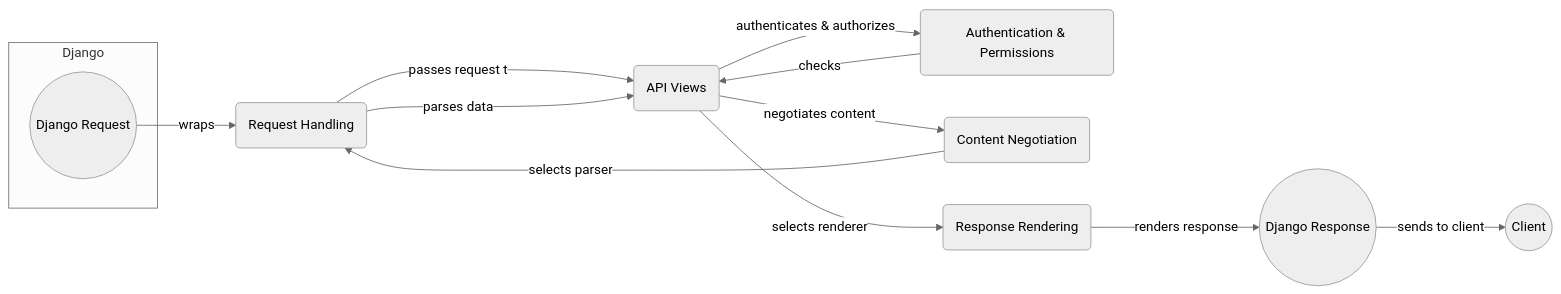
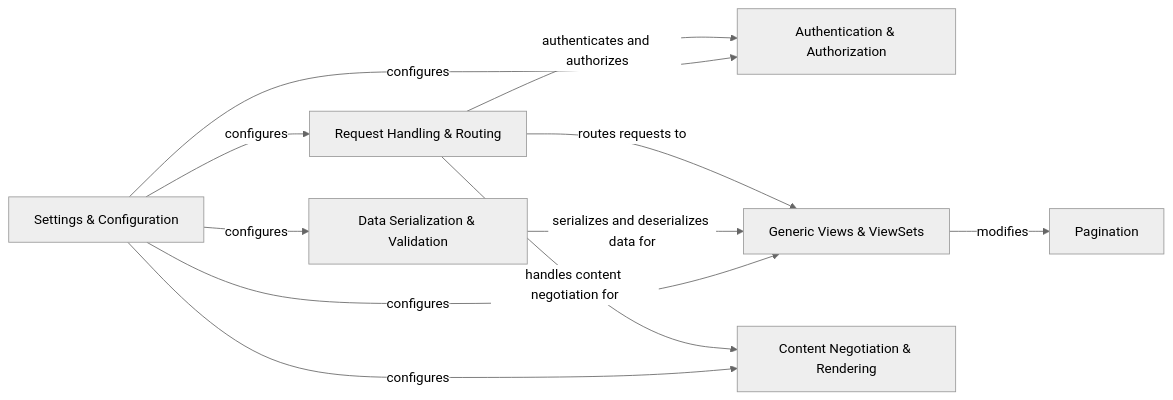
Before and after one commit to CodeBoarding/GeneratedOnBoardings: the diagram in django-rest-framework/on_boarding.md, drawn with Mermaid (neutral theme). The commit also changed other lines of this file and 12 other files, not shown here.

Commit message:
Uploading onboarding materials for django-rest-framework

````diff
--- a/django-rest-framework/on_boarding.md
+++ b/django-rest-framework/on_boarding.md
@@ -5,23 +1,27 @@
 ```mermaid
 graph LR
-    subgraph Django
-        DjangoRequest(("Django Request"))
-    end
-    DjangoRequest--wraps-->RequestHandler("Request Handling")
-    RequestHandler--passes request to-->APIView("API Views")
-    APIView--authenticates & authorizes-->AuthPermissions("Authentication & Permissions")
-    AuthPermissions--checks-->APIView
-    APIView--negotiates content-->ContentNegotiation("Content Negotiation")
-    ContentNegotiation--selects parser-->RequestHandler
-    RequestHandler--parses data-->APIView
-    APIView--selects renderer-->ResponseRendering("Response Rendering")
-    ResponseRendering--renders response-->DjangoResponse(("Django Response"))
-    DjangoResponse--sends to client-->Client(("Client"))
-
-click RequestHandler "https://github.com/CodeBoarding/GeneratedOnBoardings/blob/main/django-rest-framework//Request%20Handling.md"
-click APIView "https://github.com/CodeBoarding/GeneratedOnBoardings/blob/main/django-rest-framework//API%20Views.md"
-click AuthPermissions "https://github.com/CodeBoarding/GeneratedOnBoardings/blob/main/django-rest-framework//Authentication%20&%20Permissions.md"
-click ContentNegotiation "https://github.com/CodeBoarding/GeneratedOnBoardings/blob/main/django-rest-framework//Content%20Negotiation.md"
-click ResponseRendering "https://github.com/CodeBoarding/GeneratedOnBoardings/blob/main/django-rest-framework//Response%20Rendering.md"
-
+    Request_Handling_Routing["Request Handling & Routing"]
+    Authentication_Authorization["Authentication & Authorization"]
+    Data_Serialization_Validation["Data Serialization & Validation"]
+    Generic_Views_ViewSets["Generic Views & ViewSets"]
+    Content_Negotiation_Rendering["Content Negotiation & Rendering"]
+    Settings_Configuration["Settings & Configuration"]
+    Pagination["Pagination"]
+    Request_Handling_Routing -- "routes requests to" --> Generic_Views_ViewSets
+    Request_Handling_Routing -- "authenticates and authorizes" --> Authentication_Authorization
+    Data_Serialization_Validation -- "serializes and deserializes data for" --> Generic_Views_ViewSets
+    Request_Handling_Routing -- "handles content negotiation for" --> Content_Negotiation_Rendering
+    Settings_Configuration -- "configures" --> Request_Handling_Routing
+    Settings_Configuration -- "configures" --> Authentication_Authorization
+    Settings_Configuration -- "configures" --> Data_Serialization_Validation
+    Settings_Configuration -- "configures" --> Generic_Views_ViewSets
+    Settings_Configuration -- "configures" --> Content_Negotiation_Rendering
+    Generic_Views_ViewSets -- "modifies" --> Pagination
+    click Request_Handling_Routing href "https://github.com/CodeBoarding/GeneratedOnBoardings/blob/main/django-rest-framework/Request Handling & Routing.md" "Details"
+    click Authentication_Authorization href "https://github.com/CodeBoarding/GeneratedOnBoardings/blob/main/django-rest-framework/Authentication & Authorization.md" "Details"
+    click Data_Serialization_Validation href "https://github.com/CodeBoarding/GeneratedOnBoardings/blob/main/django-rest-framework/Data Serialization & Validation.md" "Details"
+    click Generic_Views_ViewSets href "https://github.com/CodeBoarding/GeneratedOnBoardings/blob/main/django-rest-framework/Generic Views & ViewSets.md" "Details"
+    click Content_Negotiation_Rendering href "https://github.com/CodeBoarding/GeneratedOnBoardings/blob/main/django-rest-framework/Content Negotiation & Rendering.md" "Details"
+    click Settings_Configuration href "https://github.com/CodeBoarding/GeneratedOnBoardings/blob/main/django-rest-framework/Settings & Configuration.md" "Details"
+    click Pagination href "https://github.com/CodeBoarding/GeneratedOnBoardings/blob/main/django-rest-framework/Pagination.md" "Details"
 ```
````
